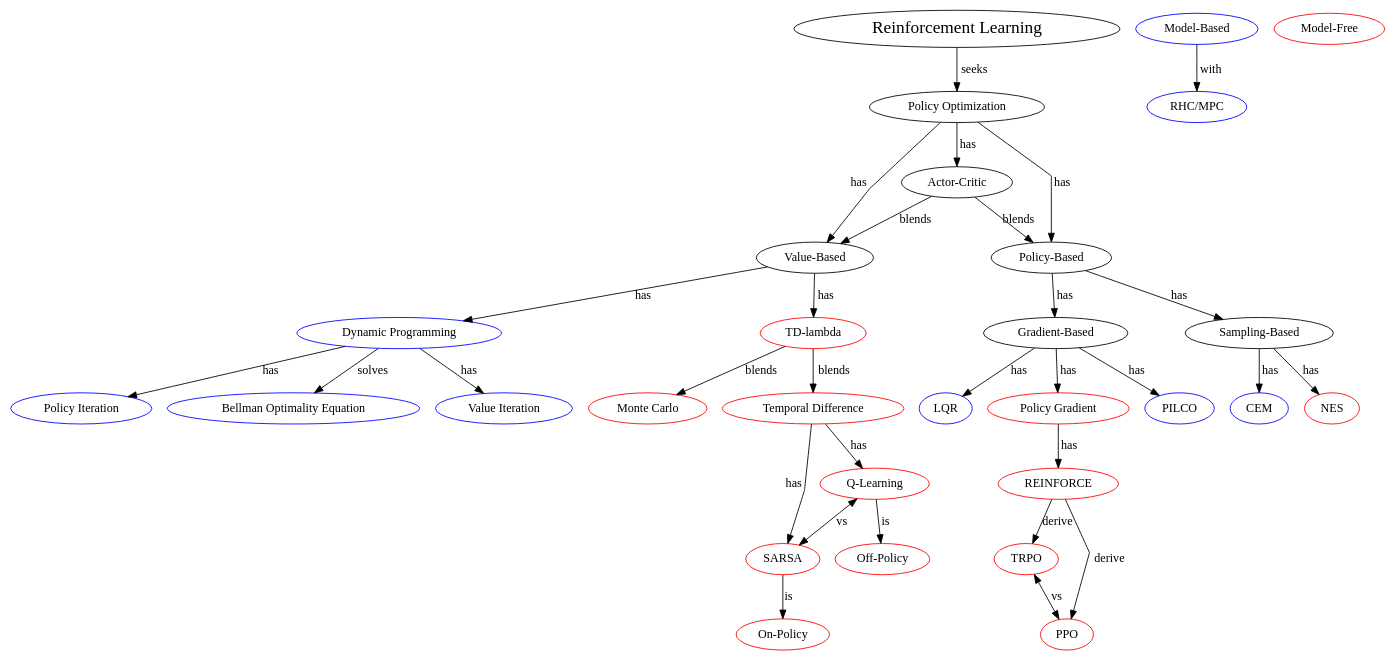
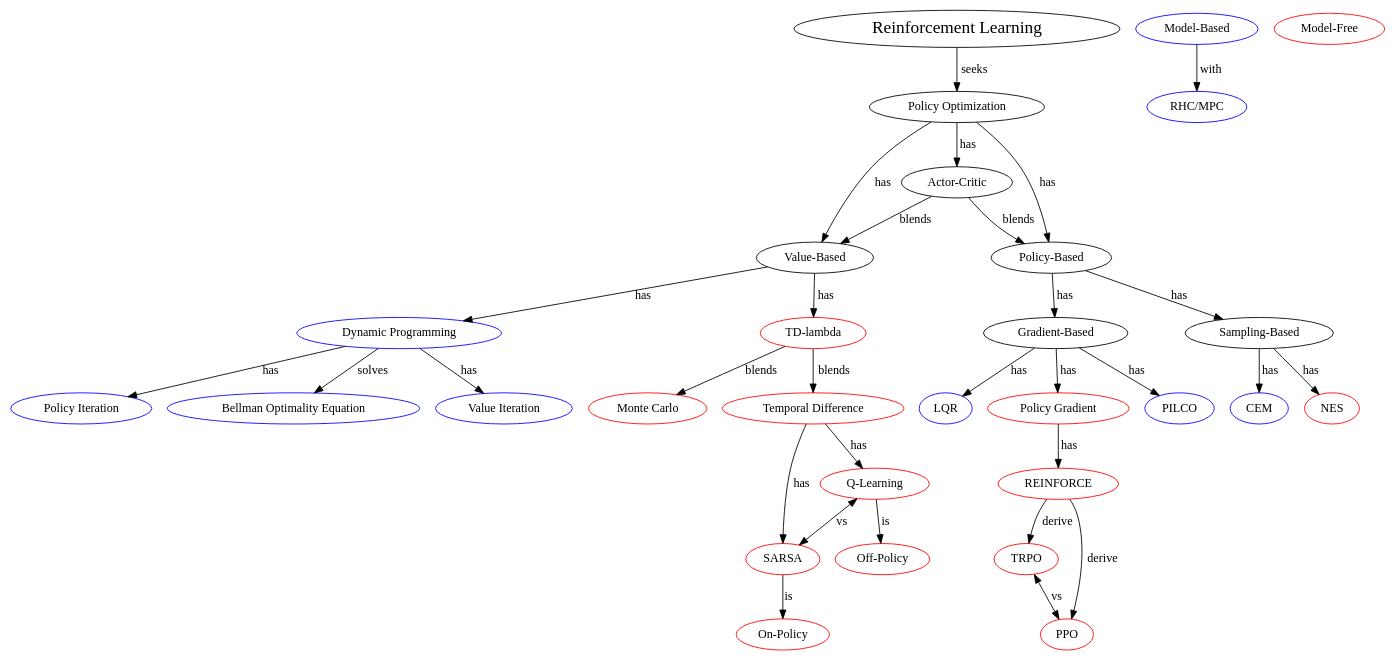
Before and after one commit to Weizhe-Chen/KnowledgeGraph: the diagram in index.dot, drawn with Graphviz. The commit also changed 2 other files, not shown here.

```diff
--- a/index.dot
+++ b/index.dot
@@ -1,84 +1,81 @@
 digraph G{
-  layout="dot";
-  splines=false;
-  overlap=false;
   rankdir="TB";  // Top-down layout. Try LR for left-right layout.
   compound = true; // Allow edges between clusters.
   // Concepts
   "Reinforcement Learning" [fontsize=20,href="./html/reinforcement_learning.html"];
   "Policy Optimization" [href="./html/policy_optimization.html"];
   "Value-Based" [href="./html/value_based.html"];
   "Policy-Based" [href="./html/policy_based.html"];
   "Actor-Critic" [href="./html/actor_critic.html"];
   "Gradient-Based" [href="./html/gradient_based.html"];
   "Sampling-Based" [href="./html/sampling_based.html"];
   "Model-Based" [color=blue,href="./html/model_based.html"];
   "Model-Free" [color=red,href="./html/model_free.html"];
   "RHC/MPC" [color=blue,href="./html/rhc_or_mpc.html"];
   "PILCO" [color=blue,href="./html/pilco.html"];
   "Dynamic Programming" [color=blue,href="./html/dynamic_programming.html"];
   "Value Iteration" [color=blue,href="./html/value_iteration.html"];
   "Policy Iteration" [color=blue,href="./html/policy_iteration.html"];
   "Bellman Optimality Equation" [color=blue,href="./html/bellman.html"];
   "LQR" [color=blue,href="./html/lqr.html"];
   "CEM" [color=blue,href="./html/cem.html"];
   "Policy Gradient" [color=red,href="./html/policy_gradient.html"];
   "REINFORCE" [color=red,href="./html/reinforce.html"];
   "TRPO" [color=red,href="./html/trpo.html"];
   "PPO" [color=red,href="./html/ppo.html"];
   "SARSA" [color=red,href="./html/sarsa.html"];
   "Q-Learning" [color=red,href="./html/q_learning.html"];
   "On-Policy" [color=red,href="./html/on_policy.html"];
   "Off-Policy" [color=red,href="./html/off_policy.html"];
   "Monte Carlo" [color=red,href="./html/monte_carlo.html"];
   "Temporal Difference" [color=red,href="./html/temporal_difference.html"];
   "TD-lambda" [color=red,href="./html/td_lambda.html"];
   "NES" [color=red,href="./html/nes.html"];
 
   // Relationship
   "Reinforcement Learning" -> "Policy Optimization" [label="seeks"];
 
   "Policy Optimization" -> "Value-Based" [label="has"];
   "Policy Optimization" -> "Policy-Based" [label="has"];
   "Policy Optimization" -> "Actor-Critic" [label="has"];
 
   "Value-Based" -> "TD-lambda" [label="has"];
   "Value-Based" -> "Dynamic Programming" [label="has"];
 
   "Policy-Based" -> "Gradient-Based" [label="has"];
   "Policy-Based" -> "Sampling-Based" [label="has"];
 
   "Actor-Critic" -> "Value-Based" [label="blends"];
   "Actor-Critic" -> "Policy-Based" [label="blends"];
 
   "TD-lambda" -> "Monte Carlo" [label="blends"];
   "TD-lambda" -> "Temporal Difference" [label="blends"];
 
   "Dynamic Programming" -> "Bellman Optimality Equation" [label="solves"];
   // "Dynamic Programming" -> "Model-Based" [label="is"];
   "Dynamic Programming" -> "Value Iteration" [label="has"];
   "Dynamic Programming" -> "Policy Iteration" [label="has"];
 
   "Gradient-Based" -> "PILCO" [label="has"];
   "Gradient-Based" -> "LQR" [label="has"];
   "Gradient-Based" -> "Policy Gradient" [label="has" href="./html/from_policy_gradient_to_policy_based.html"];
 
   "Sampling-Based" -> "CEM" [label="has"];
   "Sampling-Based" -> "NES" [label="has"];
 
   "Policy Gradient" -> "REINFORCE" [label="has"];
   "REINFORCE" -> "TRPO" [label="derive",labelfloat=false];
   "REINFORCE" -> "PPO" [label="derive"];
   "TRPO" -> "PPO" [label="vs",dir=both,href="./html/from_trpo_to_ppo.html"];
 
   "Temporal Difference" -> "SARSA" [label="has"];
   "Temporal Difference" -> "Q-Learning" [label="has"];
 
   "SARSA" -> "On-Policy" [label="is"];
 
   "Q-Learning" -> "Off-Policy" [label="is"];
 
   "Q-Learning" -> "SARSA" [label="vs",dir=both,href="./html/from_q_learning_to_sarsa.html"];
 
   "Model-Based" -> "RHC/MPC" [label="with"];
 }
```
